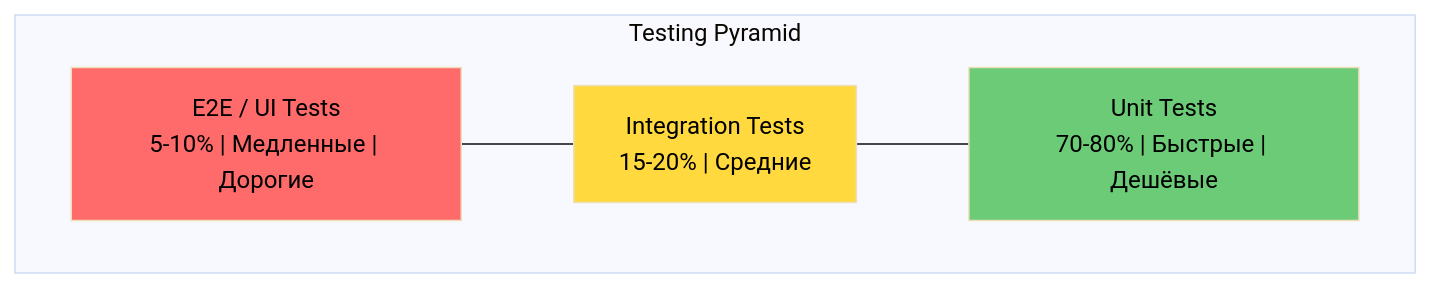
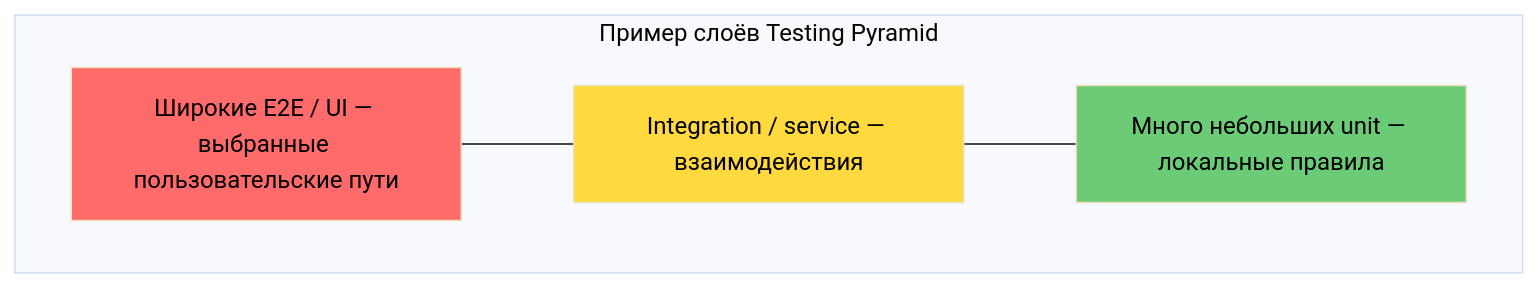
The second of 13 diagrams in cheatsheets/interview/testing/test-strategies-interview.md (akeverus/cheat-sheet), drawn with Mermaid (base theme) before and after one commit. The commit also changed other lines of this file and 27 other files, not shown here.

````diff
--- a/cheatsheets/interview/testing/test-strategies-interview.md
+++ b/cheatsheets/interview/testing/test-strategies-interview.md
@@ -150,13 +153,13 @@
 ```mermaid
 graph TB
-    subgraph "Testing Pyramid"
-        E2E["E2E / UI Tests<br/>5-10% | Медленные | Дорогие"]
-        INT["Integration Tests<br/>15-20% | Средние"]
-        UNIT["Unit Tests<br/>70-80% | Быстрые | Дешёвые"]
+    subgraph "Пример слоёв Testing Pyramid"
+        E2E["Широкие E2E / UI — выбранные пользовательские пути"]
+        INT["Integration / service — взаимодействия"]
+        UNIT["Много небольших unit — локальные правила"]
     end
     E2E --- INT
     INT --- UNIT
     style E2E fill:#ff6b6b,color:#000
     style INT fill:#ffd93d,color:#000
     style UNIT fill:#6bcb77,color:#000
 ```
````
